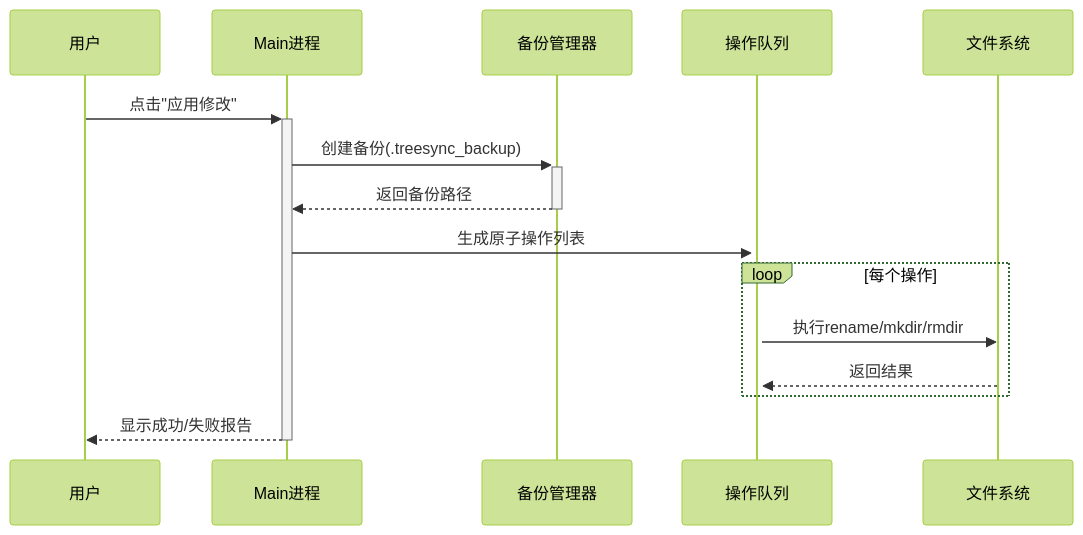
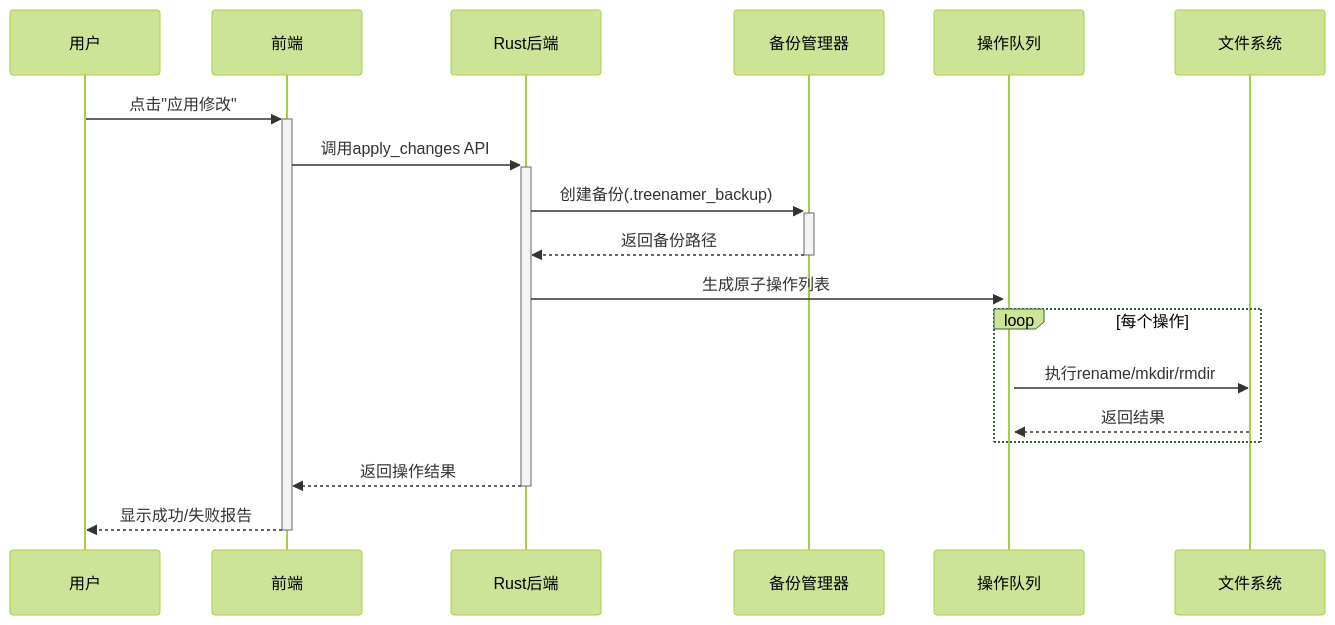
Before and after one commit to chess99/TreeNamer: the diagram in docs/Technical Solution Design.md, drawn with Mermaid (forest theme). The commit also changed other lines of this file and 2 other files, not shown here.

````diff
--- a/docs/Technical Solution Design.md
+++ b/docs/Technical Solution Design.md
@@ -118,12 +125,14 @@
 ```mermaid
 sequenceDiagram
-  用户->>+Main进程: 点击"应用修改"
-  Main进程->>+备份管理器: 创建备份(.treesync_backup)
-  备份管理器-->>-Main进程: 返回备份路径
-  Main进程->>+操作队列: 生成原子操作列表
+  用户->>+前端: 点击"应用修改"
+  前端->>+Rust后端: 调用apply_changes API
+  Rust后端->>+备份管理器: 创建备份(.treenamer_backup)
+  备份管理器-->>-Rust后端: 返回备份路径
+  Rust后端->>+操作队列: 生成原子操作列表
   loop 每个操作
     操作队列->>文件系统: 执行rename/mkdir/rmdir
     文件系统-->>操作队列: 返回结果
   end
-  Main进程-->>-用户: 显示成功/失败报告
+  Rust后端-->>-前端: 返回操作结果
+  前端-->>-用户: 显示成功/失败报告
 ```
````
